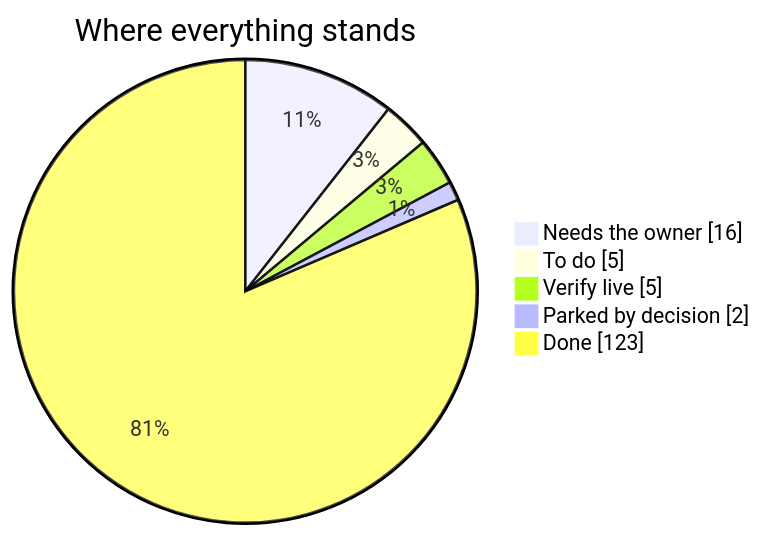
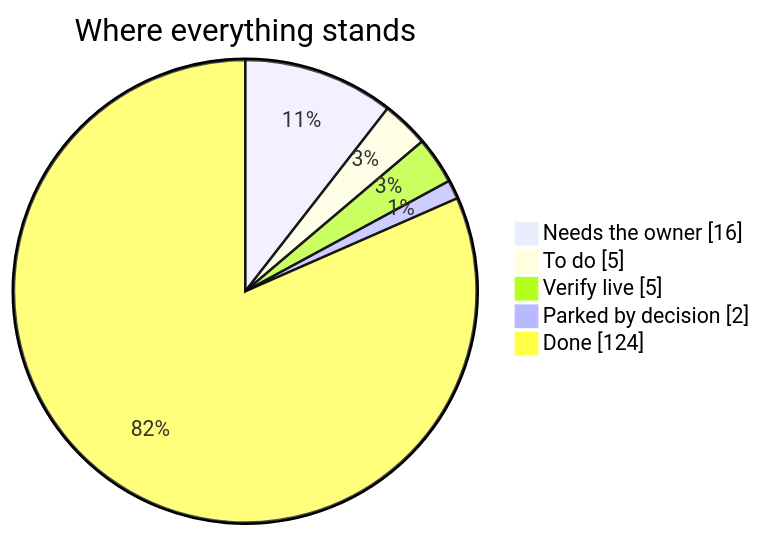
The diagram in launch-board/README.md (divitkej/gradlink), drawn with Mermaid before and after one commit. The commit also changed other lines of this file and 4 other files, not shown here.

````diff
--- a/launch-board/README.md
+++ b/launch-board/README.md
@@ -11,9 +11,9 @@
 ```mermaid
 pie showData
   title Where everything stands
   "Needs the owner" : 16
   "To do" : 5
   "Verify live" : 5
   "Parked by decision" : 2
-  "Done" : 123
+  "Done" : 124
 ```
````
